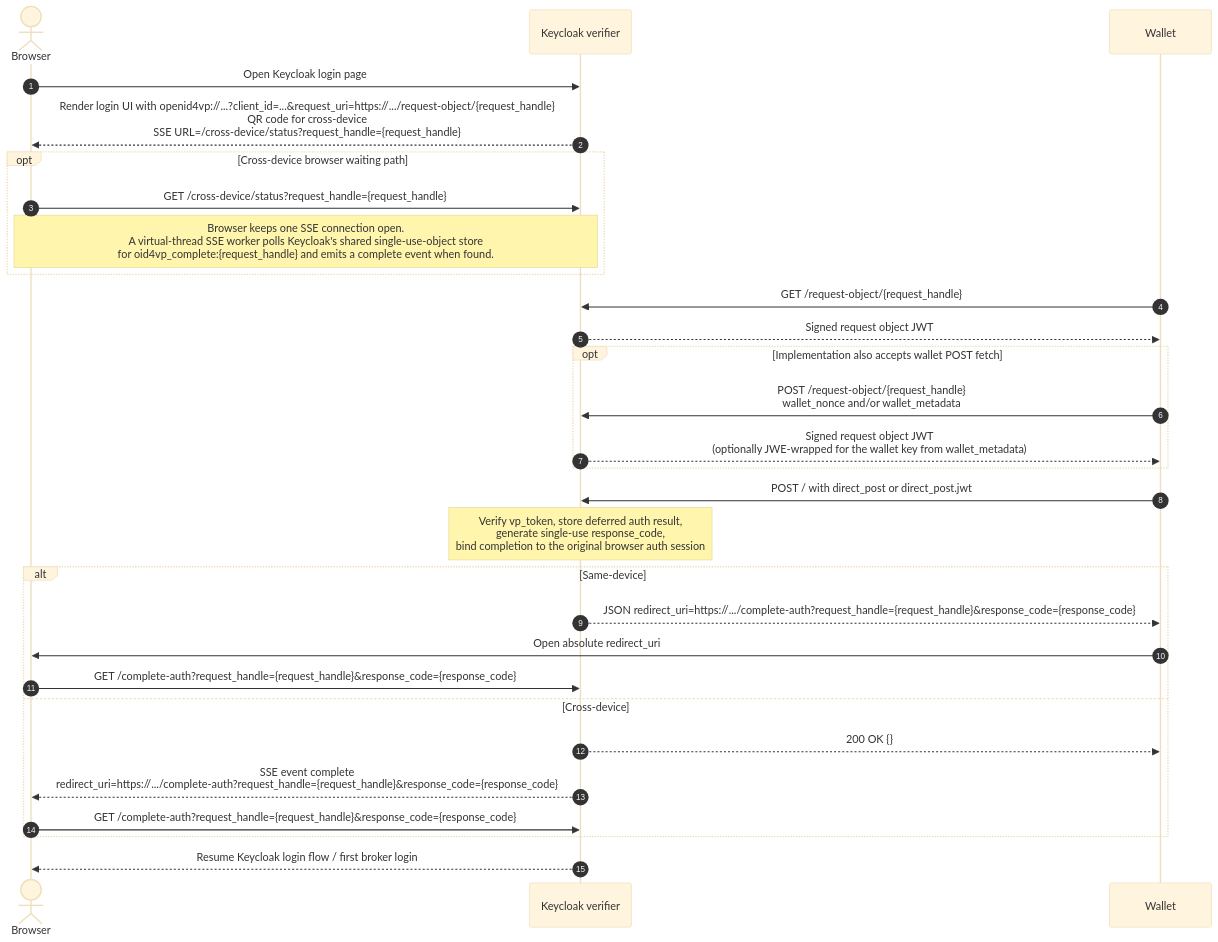
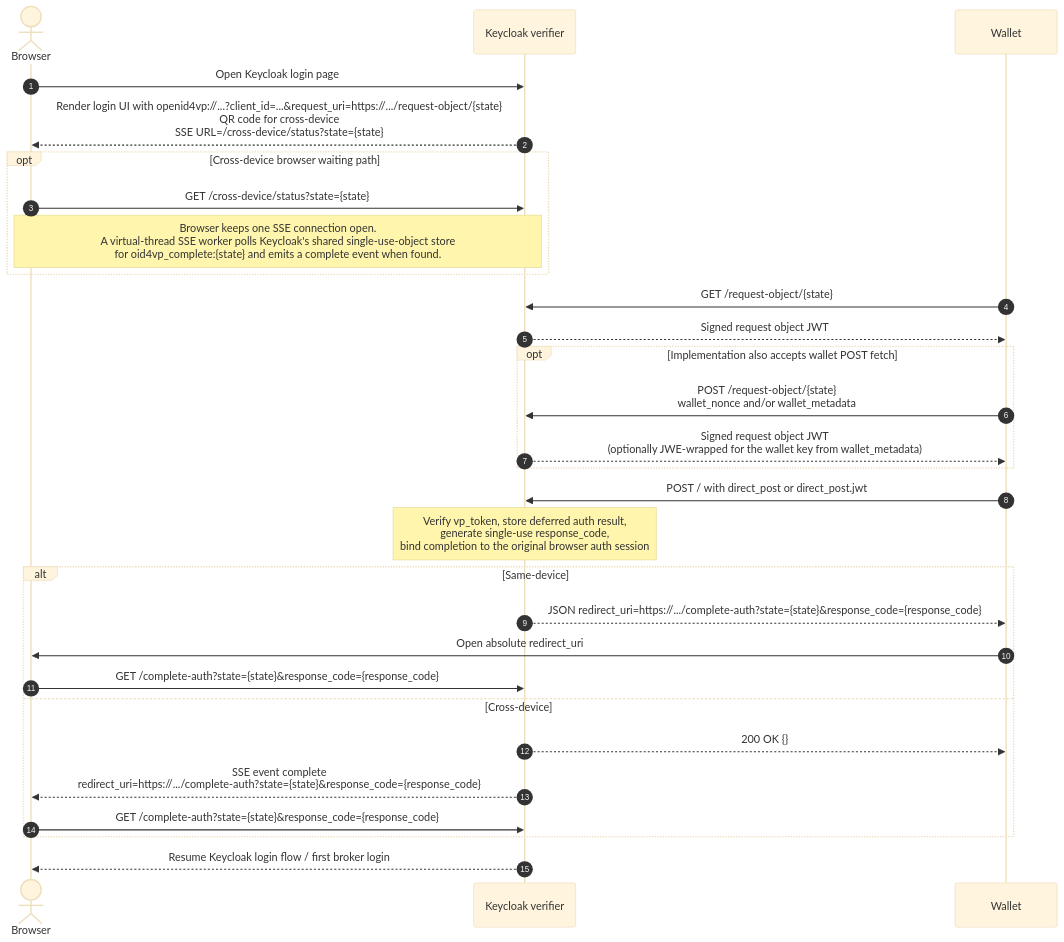
The first of 2 diagrams in docs/diagrams.md (ba-itsys/keycloak-extension-oid4vp), drawn with Mermaid (base theme) before and after one commit. The commit also changed other lines of this file and 24 other files, not shown here.

Commit message:
fix: simplify flow by removing request_handle und use oid4vp state instead

````diff
--- a/docs/diagrams.md
+++ b/docs/diagrams.md
@@ -10,38 +10,38 @@
 ```mermaid
 sequenceDiagram
     autonumber
     actor Browser
     participant Keycloak as Keycloak verifier
     participant Wallet
 
     Browser->>Keycloak: Open Keycloak login page
-    Keycloak-->>Browser: Render login UI with openid4vp://...?client_id=...&request_uri=https://.../request-object/{request_handle}<br/>QR code for cross-device<br/>SSE URL=/cross-device/status?request_handle={request_handle}
+    Keycloak-->>Browser: Render login UI with openid4vp://...?client_id=...&request_uri=https://.../request-object/{state}<br/>QR code for cross-device<br/>SSE URL=/cross-device/status?state={state}
 
     opt Cross-device browser waiting path
-        Browser->>Keycloak: GET /cross-device/status?request_handle={request_handle}
-        Note over Browser,Keycloak: Browser keeps one SSE connection open.<br/>A virtual-thread SSE worker polls Keycloak's shared single-use-object store<br/>for oid4vp_complete:{request_handle} and emits a complete event when found.
+        Browser->>Keycloak: GET /cross-device/status?state={state}
+        Note over Browser,Keycloak: Browser keeps one SSE connection open.<br/>A virtual-thread SSE worker polls Keycloak's shared single-use-object store<br/>for oid4vp_complete:{state} and emits a complete event when found.
     end
 
-    Wallet->>Keycloak: GET /request-object/{request_handle}
+    Wallet->>Keycloak: GET /request-object/{state}
     Keycloak-->>Wallet: Signed request object JWT
 
     opt Implementation also accepts wallet POST fetch
-        Wallet->>Keycloak: POST /request-object/{request_handle}<br/>wallet_nonce and/or wallet_metadata
+        Wallet->>Keycloak: POST /request-object/{state}<br/>wallet_nonce and/or wallet_metadata
         Keycloak-->>Wallet: Signed request object JWT<br/>(optionally JWE-wrapped for the wallet key from wallet_metadata)
     end
 
     Wallet->>Keycloak: POST / with direct_post or direct_post.jwt
     Note over Keycloak: Verify vp_token, store deferred auth result,<br/>generate single-use response_code,<br/>bind completion to the original browser auth session
 
     alt Same-device
-        Keycloak-->>Wallet: JSON redirect_uri=https://.../complete-auth?request_handle={request_handle}&response_code={response_code}
+        Keycloak-->>Wallet: JSON redirect_uri=https://.../complete-auth?state={state}&response_code={response_code}
         Wallet->>Browser: Open absolute redirect_uri
-        Browser->>Keycloak: GET /complete-auth?request_handle={request_handle}&response_code={response_code}
+        Browser->>Keycloak: GET /complete-auth?state={state}&response_code={response_code}
     else Cross-device
         Keycloak-->>Wallet: 200 OK {}
-        Keycloak-->>Browser: SSE event complete<br/>redirect_uri=https://.../complete-auth?request_handle={request_handle}&response_code={response_code}
-        Browser->>Keycloak: GET /complete-auth?request_handle={request_handle}&response_code={response_code}
+        Keycloak-->>Browser: SSE event complete<br/>redirect_uri=https://.../complete-auth?state={state}&response_code={response_code}
+        Browser->>Keycloak: GET /complete-auth?state={state}&response_code={response_code}
     end
 
     Keycloak-->>Browser: Resume Keycloak login flow / first broker login
 ```
````
